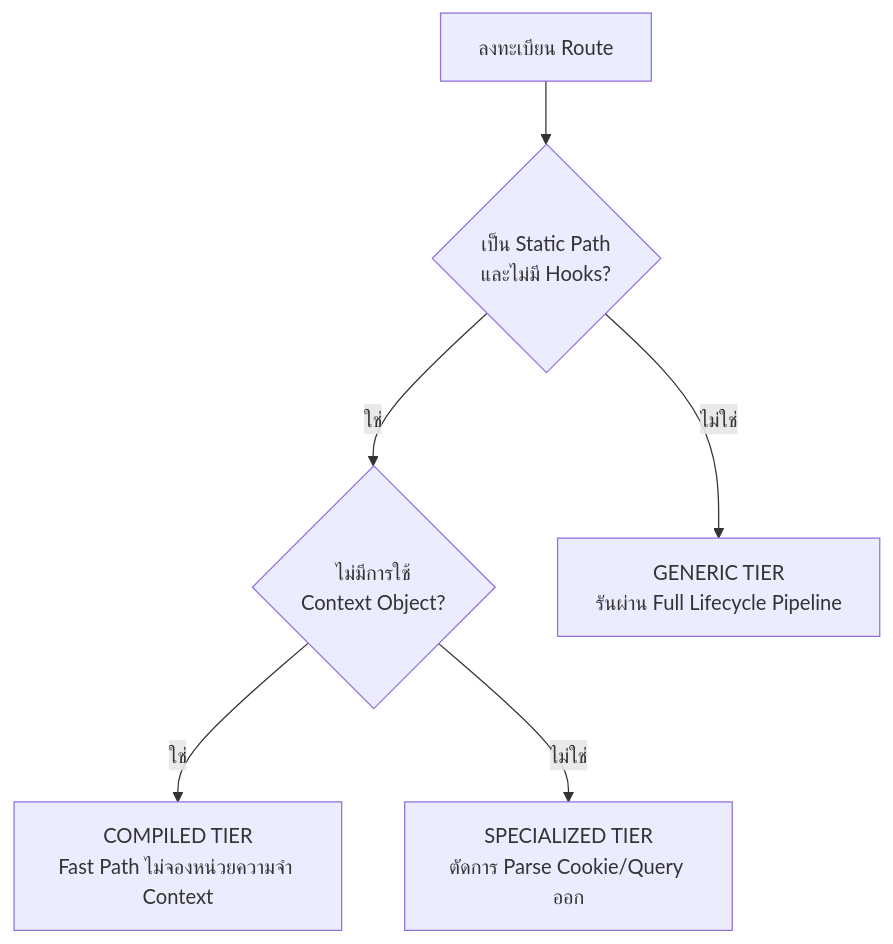
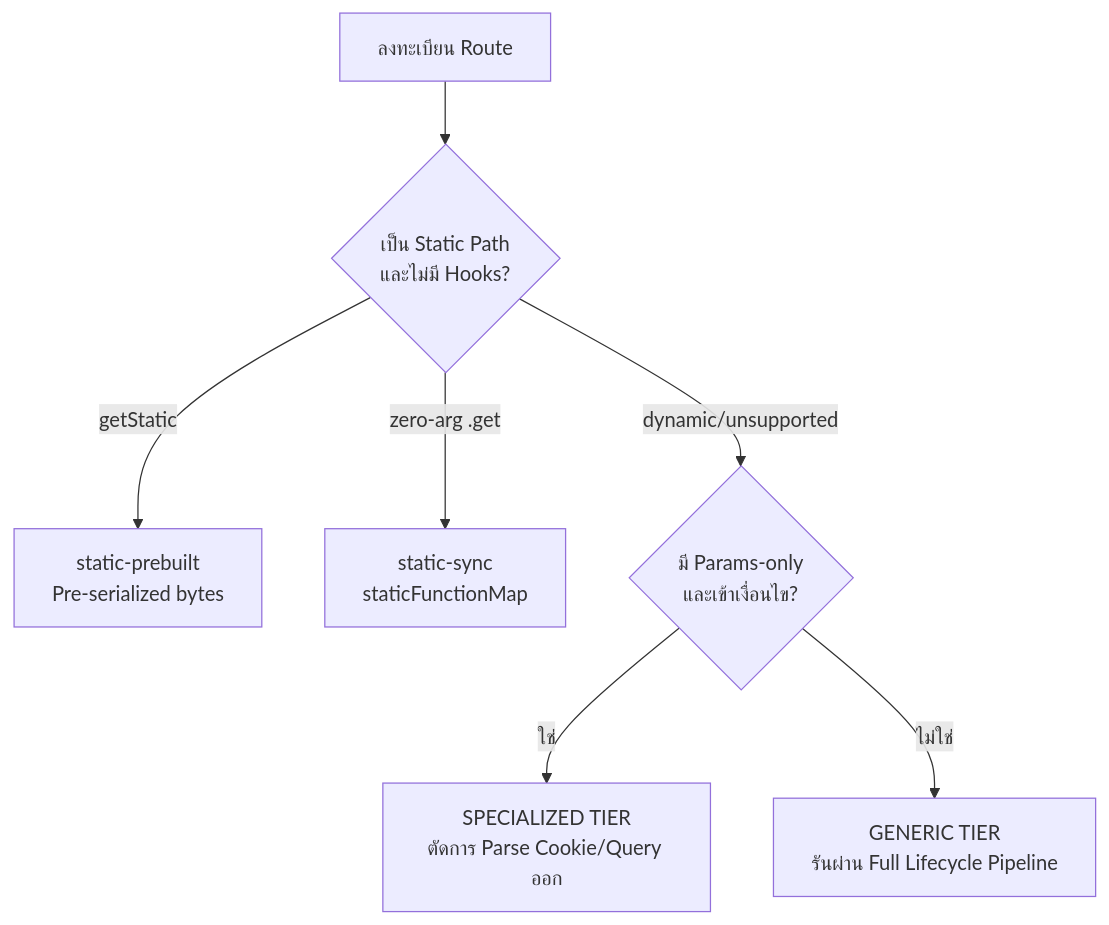
Before and after one commit to ASTOHACKER/nelysia: the second of 3 diagrams in docs/ARCHITECTURE.md, drawn with Mermaid. The commit also changed other lines of this file and 25 other files, not shown here.

````diff
--- a/docs/ARCHITECTURE.md
+++ b/docs/ARCHITECTURE.md
@@ -105,8 +105,9 @@
 ```mermaid
 flowchart TD
     Route[ลงทะเบียน Route] --> CheckStatic{เป็น Static Path<br>และไม่มี Hooks?}
-    CheckStatic -- ใช่ --> CheckContext{ไม่มีการใช้<br>Context Object?}
-    CheckContext -- ใช่ --> Tier1[COMPILED TIER<br>Fast Path ไม่จองหน่วยความจำ Context]
-    CheckContext -- ไม่ใช่ --> Tier2[SPECIALIZED TIER<br>ตัดการ Parse Cookie/Query ออก]
-    CheckStatic -- ไม่ใช่ --> Tier3[GENERIC TIER<br>รันผ่าน Full Lifecycle Pipeline]
+    CheckStatic -- getStatic --> Tier1[static-prebuilt<br>Pre-serialized bytes]
+    CheckStatic -- zero-arg .get --> Tier2[static-sync<br>staticFunctionMap]
+    CheckStatic -- dynamic/unsupported --> CheckParam{มี Params-only<br>และเข้าเงื่อนไข?}
+    CheckParam -- ใช่ --> Tier3[SPECIALIZED TIER<br>ตัดการ Parse Cookie/Query ออก]
+    CheckParam -- ไม่ใช่ --> Tier4[GENERIC TIER<br>รันผ่าน Full Lifecycle Pipeline]
 ```
````
